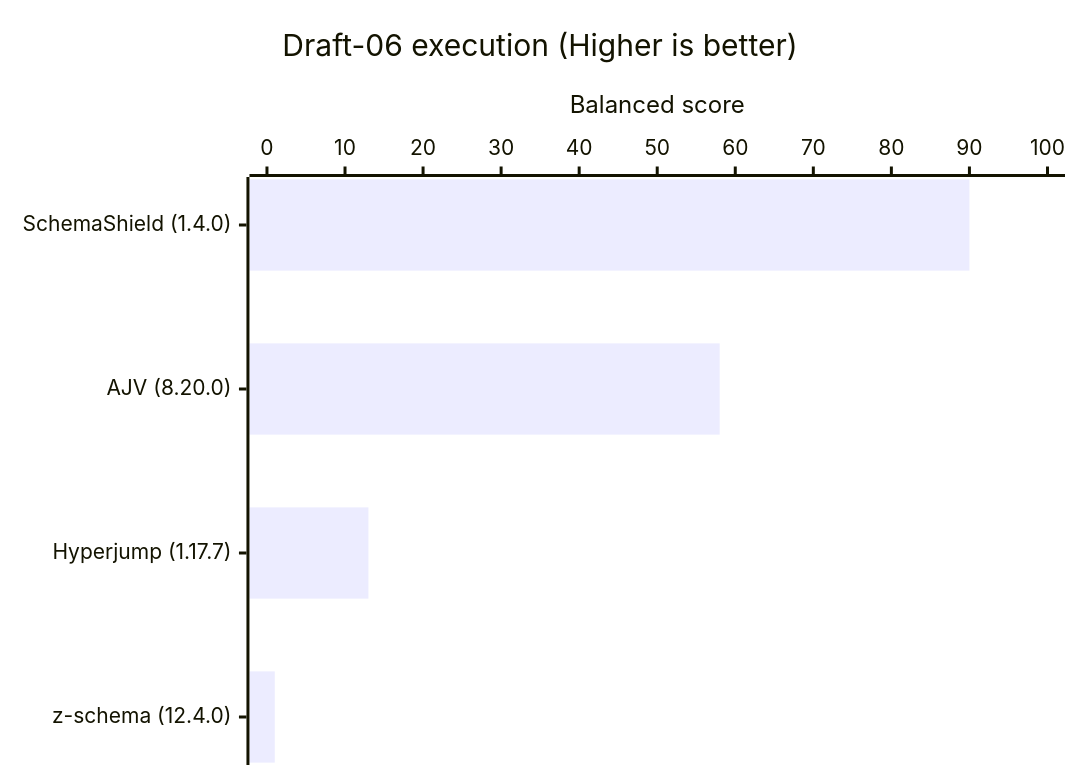
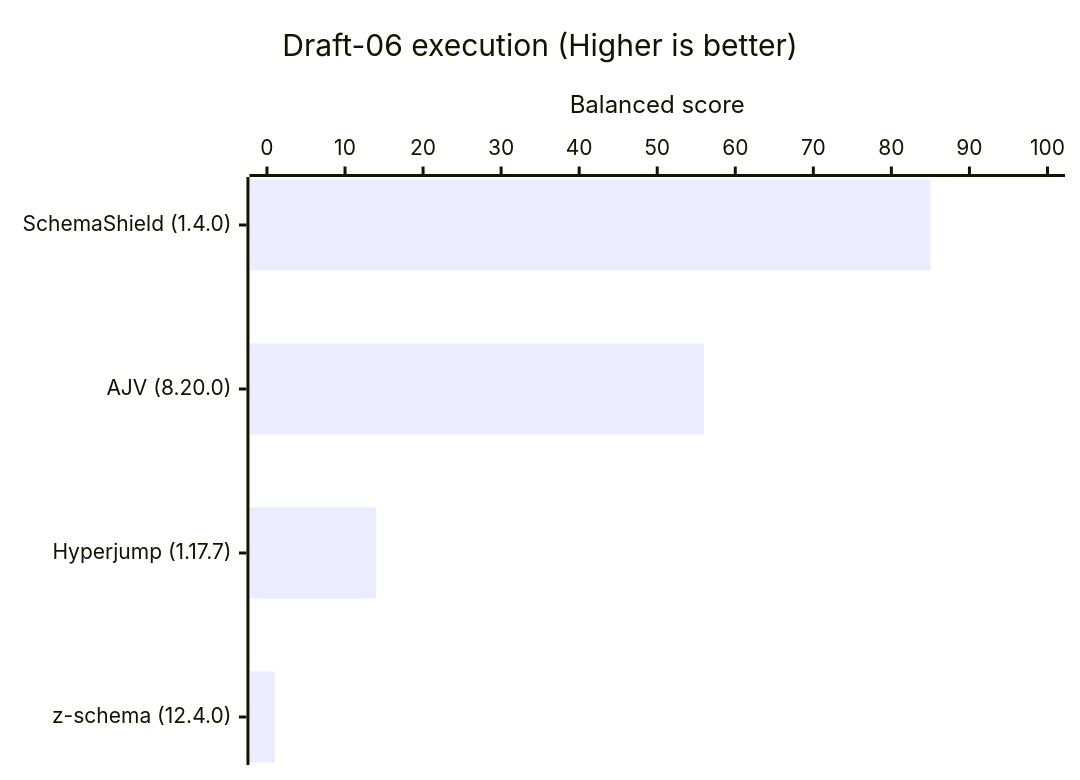
One commit to Masquerade-Circus/json-schema-validator-bench changed the third of 8 diagrams in README.md. Above: the diagram before and after it, drawn with Mermaid. The commit also changed other lines of this file and 175 other files, not shown here.

````diff
--- a/README.md
+++ b/README.md
@@ -156,7 +156,7 @@
 ```mermaid
 xychart horizontal
     title "Draft-06 execution (Higher is better)"
     x-axis ["SchemaShield (1.4.0)", "AJV (8.20.0)", "Hyperjump (1.17.7)", "z-schema (12.4.0)"]
     y-axis "Balanced score" 0 --> 100
-    bar [90, 58, 13, 1]
+    bar [85, 56, 14, 1]
 ```
````
